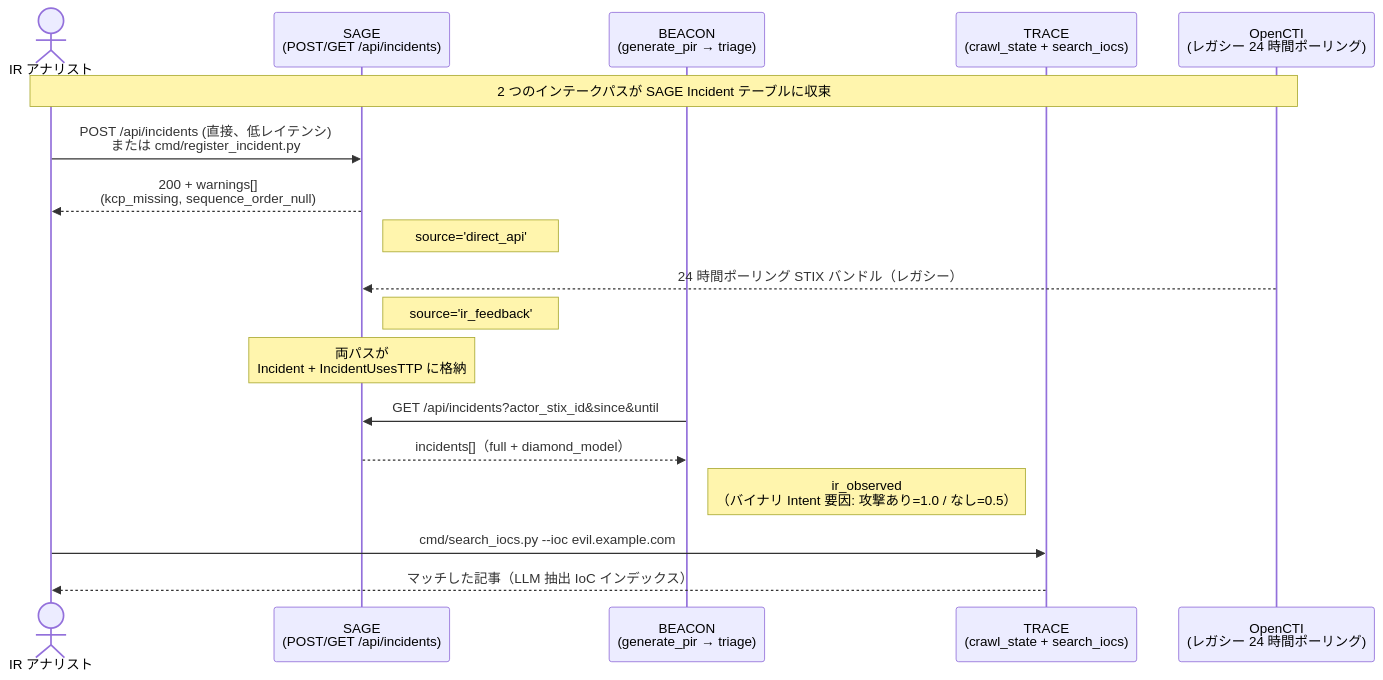
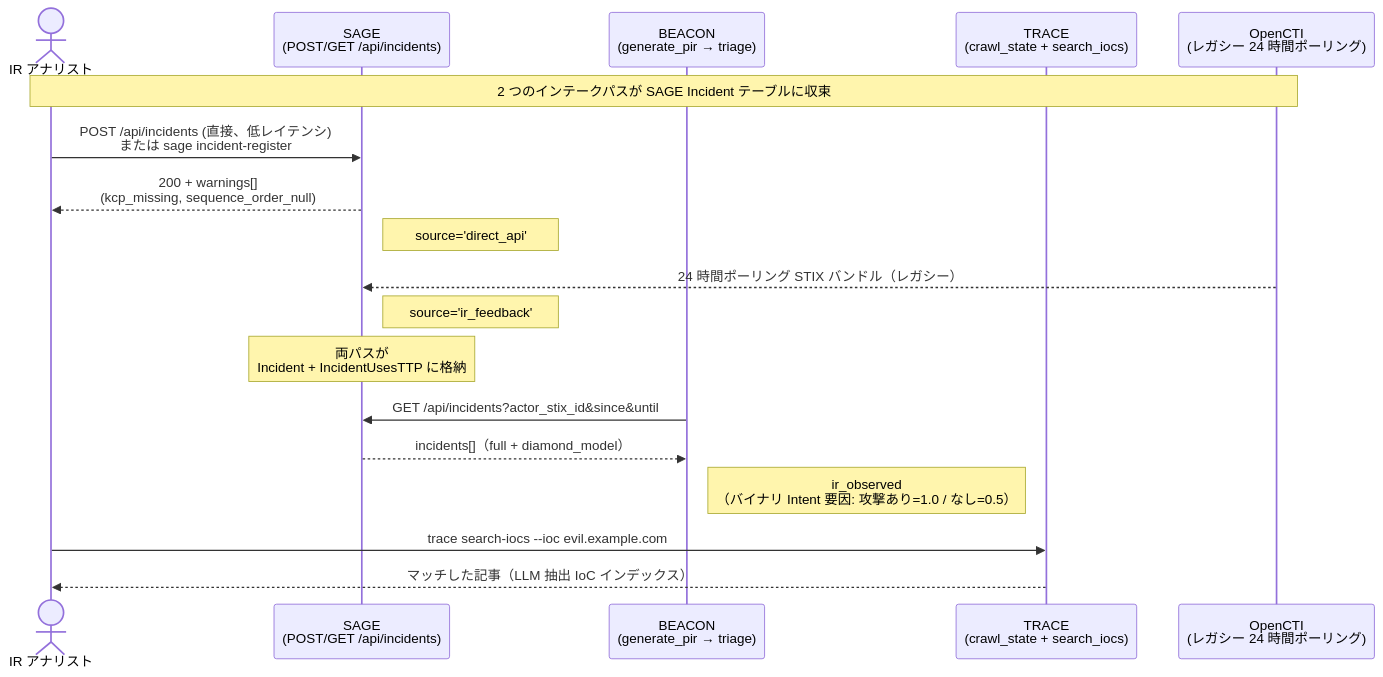
The diagram in docs/ir-feedback-flow.ja.md (sw33t-b1u/sage), drawn with Mermaid before and after one commit. The commit also changed other lines of this file and 28 other files, not shown here.

First line of the commit message:
SAGE 1.3.0: retire standalone cmd invocation; unified sage CLI only

````diff
--- a/docs/ir-feedback-flow.ja.md
+++ b/docs/ir-feedback-flow.ja.md
@@ -17,26 +17,26 @@
 ```mermaid
 sequenceDiagram
     actor IR as IR アナリスト
     participant SAGE as SAGE<br/>(POST/GET /api/incidents)
     participant BEACON as BEACON<br/>(generate_pir → triage)
     participant TRACE as TRACE<br/>(crawl_state + search_iocs)
     participant OpenCTI as OpenCTI<br/>(レガシー 24 時間ポーリング)
 
     Note over IR,OpenCTI: 2 つのインテークパスが SAGE Incident テーブルに収束
 
-    IR->>SAGE: POST /api/incidents (直接、低レイテンシ)<br/>または cmd/register_incident.py
+    IR->>SAGE: POST /api/incidents (直接、低レイテンシ)<br/>または sage incident-register
     SAGE-->>IR: 200 + warnings[]<br/>(kcp_missing, sequence_order_null)
     Note right of SAGE: source='direct_api'
 
     OpenCTI-->>SAGE: 24 時間ポーリング STIX バンドル（レガシー）
     Note right of SAGE: source='ir_feedback'
 
     Note over SAGE: 両パスが<br/>Incident + IncidentUsesTTP に格納
 
     BEACON->>SAGE: GET /api/incidents?actor_stix_id&since&until
     SAGE-->>BEACON: incidents[]（full + diamond_model）
     Note right of BEACON: ir_observed<br/>（バイナリ Intent 要因: 攻撃あり=1.0 / なし=0.5）
 
-    IR->>TRACE: cmd/search_iocs.py --ioc evil.example.com
+    IR->>TRACE: trace search-iocs --ioc evil.example.com
     TRACE-->>IR: マッチした記事（LLM 抽出 IoC インデックス）
 ```
````
